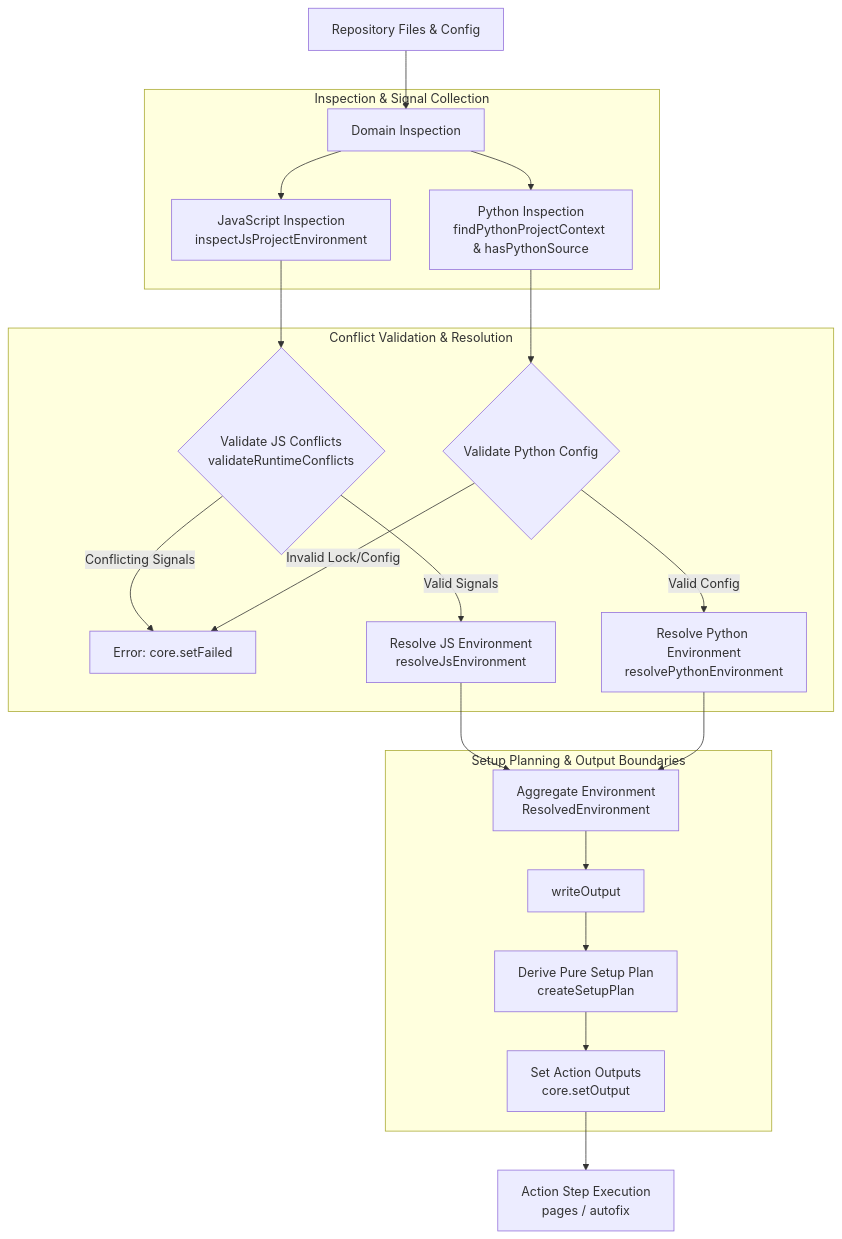
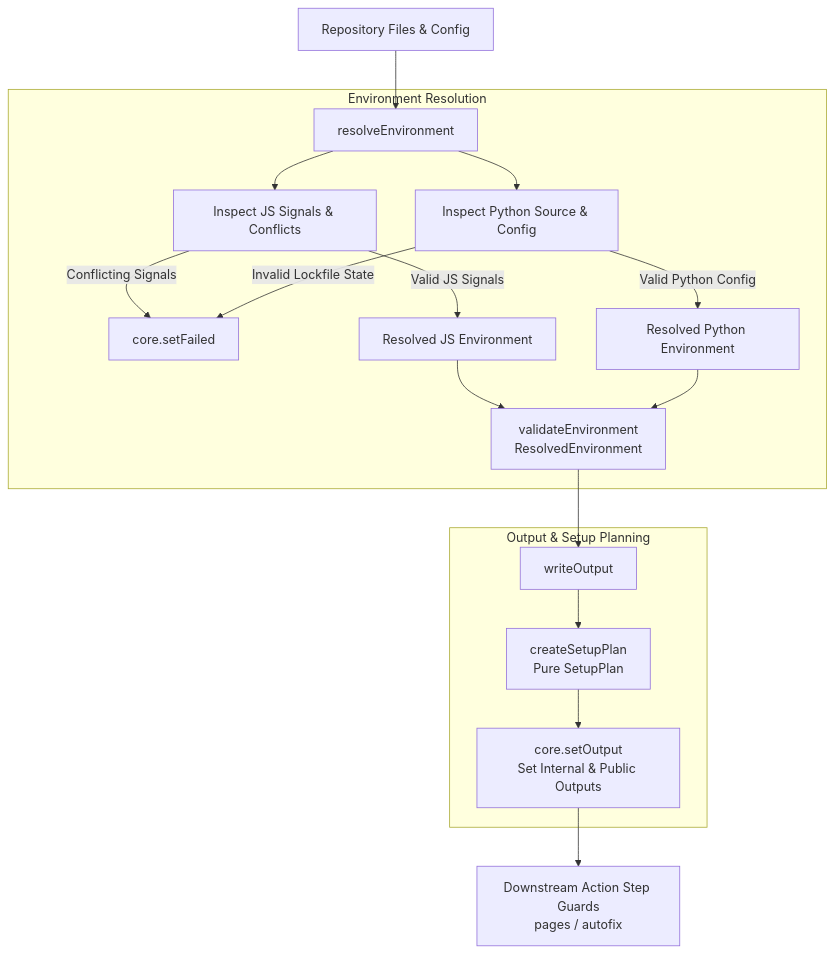
The diagram in docs/environment-resolution.md (area44/workflows), drawn with Mermaid before and after one commit. The commit also changed other lines of this file and 1 other file, not shown here.

First line of the commit message:
docs: simplify environment resolution guide with Mermaid flowchart

````diff
--- a/docs/environment-resolution.md
+++ b/docs/environment-resolution.md
@@ -41,30 +29,26 @@
 ```mermaid
 flowchart TD
-    A[Repository Files & Config] --> B[Domain Inspection]
+    A[Repository Files & Config] --> B[resolveEnvironment]
 
-    subgraph Inspection & Signal Collection
-        B --> C1[JavaScript Inspection\ninspectJsProjectEnvironment]
-        B --> C2[Python Inspection\nfindPythonProjectContext & hasPythonSource]
+    subgraph Environment Resolution
+        B --> C1[Inspect JS Signals & Conflicts]
+        B --> C2[Inspect Python Source & Config]
+
+        C1 -- Conflicting Signals --> FAIL[core.setFailed]
+        C2 -- Invalid Lockfile State --> FAIL
+
+        C1 -- Valid JS Signals --> D1[Resolved JS Environment]
+        C2 -- Valid Python Config --> D2[Resolved Python Environment]
+
+        D1 --> E[validateEnvironment\nResolvedEnvironment]
+        D2 --> E
     end
 
-    subgraph Conflict Validation & Resolution
-        C1 --> D1{Validate JS Conflicts\nvalidateRuntimeConflicts}
-        D1 -- Conflicting Signals --> ERR[Error: core.setFailed]
-        D1 -- Valid Signals --> E1[Resolve JS Environment\nresolveJsEnvironment]
-
-        C2 --> D2{Validate Python Config}
-        D2 -- Invalid Lock/Config --> ERR
-        D2 -- Valid Config --> E2[Resolve Python Environment\nresolvePythonEnvironment]
+    subgraph Output & Setup Planning
+        E --> F[writeOutput]
+        F --> G[createSetupPlan\nPure SetupPlan]
+        G --> H[core.setOutput\nSet Internal & Public Outputs]
     end
 
-    E1 --> F[Aggregate Environment\nResolvedEnvironment]
-    E2 --> F
-
-    subgraph Setup Planning & Output Boundaries
-        F --> G[writeOutput]
-        G --> H[Derive Pure Setup Plan\ncreateSetupPlan]
-        H --> I[Set Action Outputs\ncore.setOutput]
-    end
-
-    I --> J[Action Step Execution\npages / autofix]
+    H --> I[Downstream Action Step Guards\npages / autofix]
 ```
````
